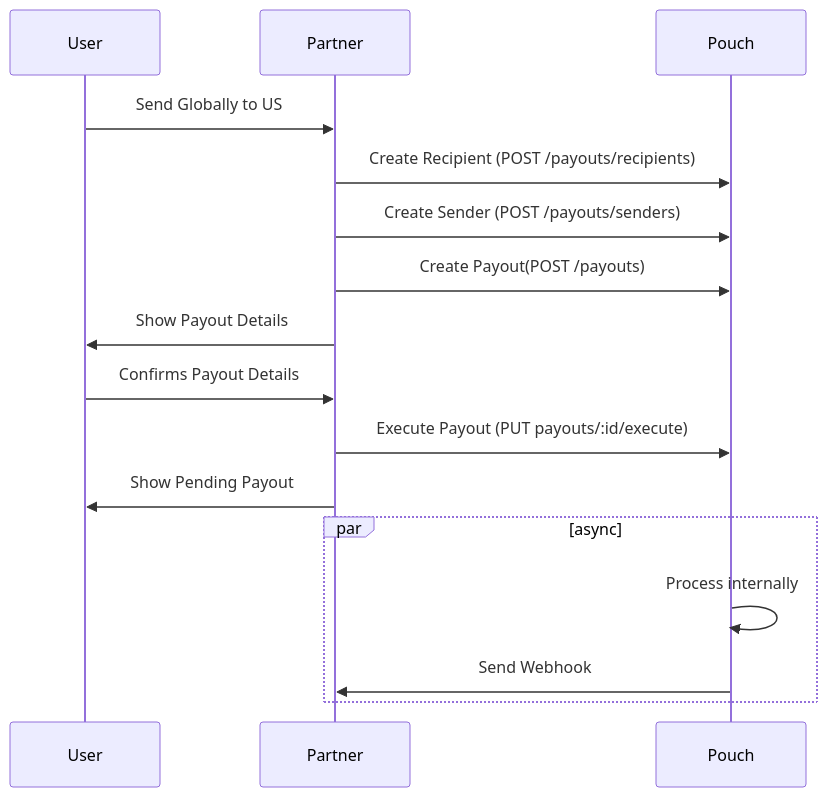
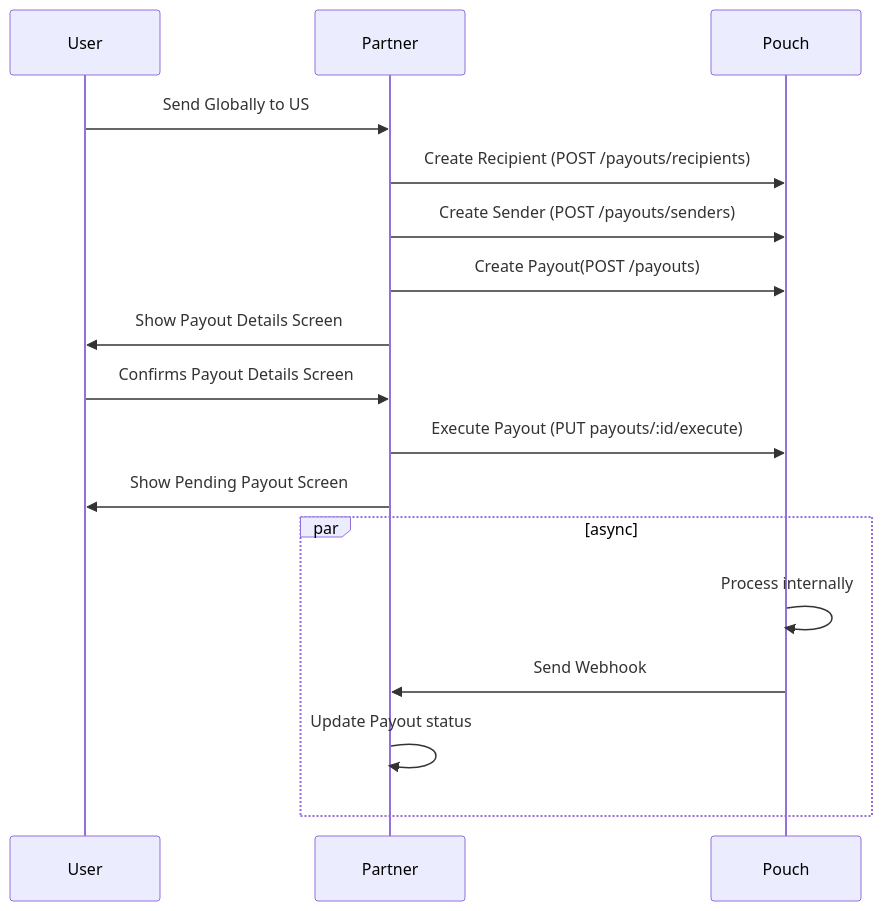
Before and after one commit to pouch-ph/docs: the first of 2 diagrams in payout-doc.md, drawn with Mermaid. The commit also changed other lines of this file, not shown here.

````diff
--- a/payout-doc.md
+++ b/payout-doc.md
@@ -12,16 +19,16 @@
 ```mermaid
 sequenceDiagram
     User->>Partner: Send Globally to US
     Partner->>Pouch: Create Recipient (POST /payouts/recipients)
     Partner->>Pouch: Create Sender (POST /payouts/senders)
     Partner->>Pouch: Create Payout(POST /payouts)
-    Partner->>User: Show Payout Details
-    User->>Partner: Confirms Payout Details
+    Partner->>User: Show Payout Details Screen
+    User->>Partner: Confirms Payout Details Screen
     Partner->>Pouch: Execute Payout (PUT payouts/:id/execute)
-    Partner->>User: Show Pending Payout
+    Partner->>User: Show Pending Payout Screen
     par async
     Pouch->>Pouch: Process internally
     Pouch->>Partner: Send Webhook
+    Partner->>Partner: Update Payout status
     end
-
 ```
````
